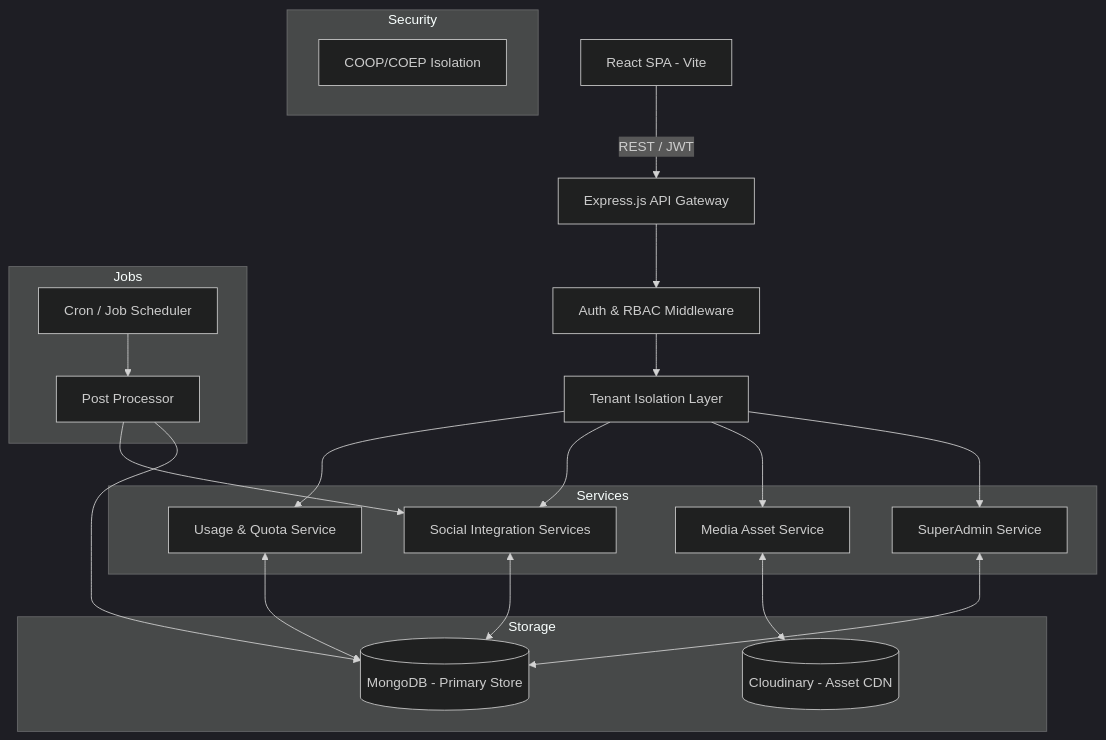
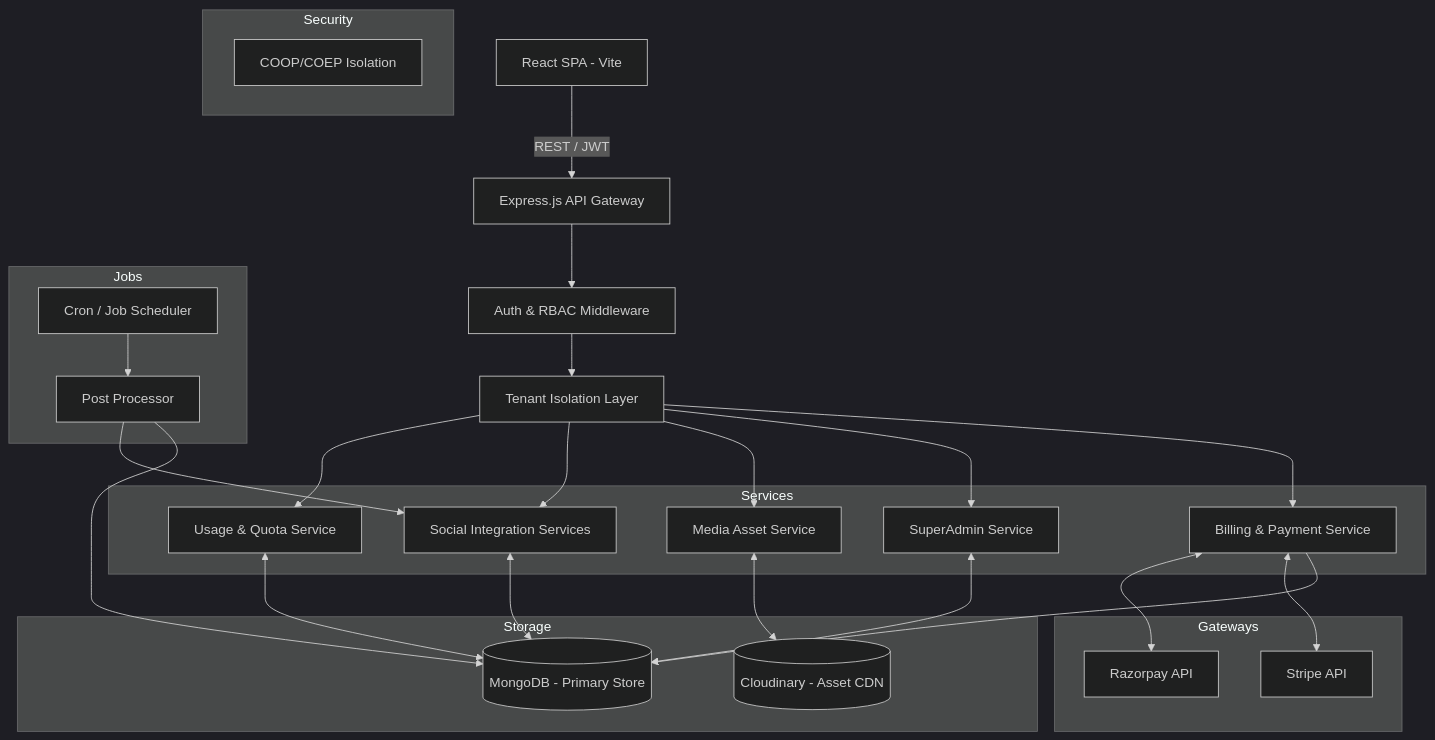
Before and after one commit to 10Sight/AutoPost: the diagram in ARCHITECTURE.md, drawn with Mermaid (dark theme). The commit also changed other lines of this file and 19 other files, not shown here.

````diff
--- a/ARCHITECTURE.md
+++ b/ARCHITECTURE.md
@@ -9,45 +9,56 @@
 ```mermaid
 graph TD
     Client[React SPA - Vite]
     API[Express.js API Gateway]
     Auth[Auth & RBAC Middleware]
     Tenant[Tenant Isolation Layer]
     
     subgraph Services
         UsageSvc[Usage & Quota Service]
         SocialSvc[Social Integration Services]
         MediaSvc[Media Asset Service]
         AdminSvc[SuperAdmin Service]
+        BillingSvc[Billing & Payment Service]
+    end
+
+    subgraph Gateways
+        Razorpay[Razorpay API]
+        Stripe[Stripe API]
     end
 
     subgraph Security
         Headers[COOP/COEP Isolation]
     end
     
     subgraph Storage
         DB[(MongoDB - Primary Store)]
         CDN[(Cloudinary - Asset CDN)]
     end
     
     subgraph Jobs
         Scheduler[Cron / Job Scheduler]
         Processor[Post Processor]
     end
 
     Client -->|REST / JWT| API
     API --> Auth
     Auth --> Tenant
     Tenant --> UsageSvc
     Tenant --> SocialSvc
     Tenant --> MediaSvc
     Tenant --> AdminSvc
+    Tenant --> BillingSvc
+    
+    BillingSvc <--> Razorpay
+    BillingSvc <--> Stripe
+    BillingSvc --> DB
     
     UsageSvc <--> DB
     SocialSvc <--> DB
     MediaSvc <--> CDN
     AdminSvc <--> DB
     
     Scheduler --> Processor
     Processor --> SocialSvc
     Processor --> DB
 ```
````
